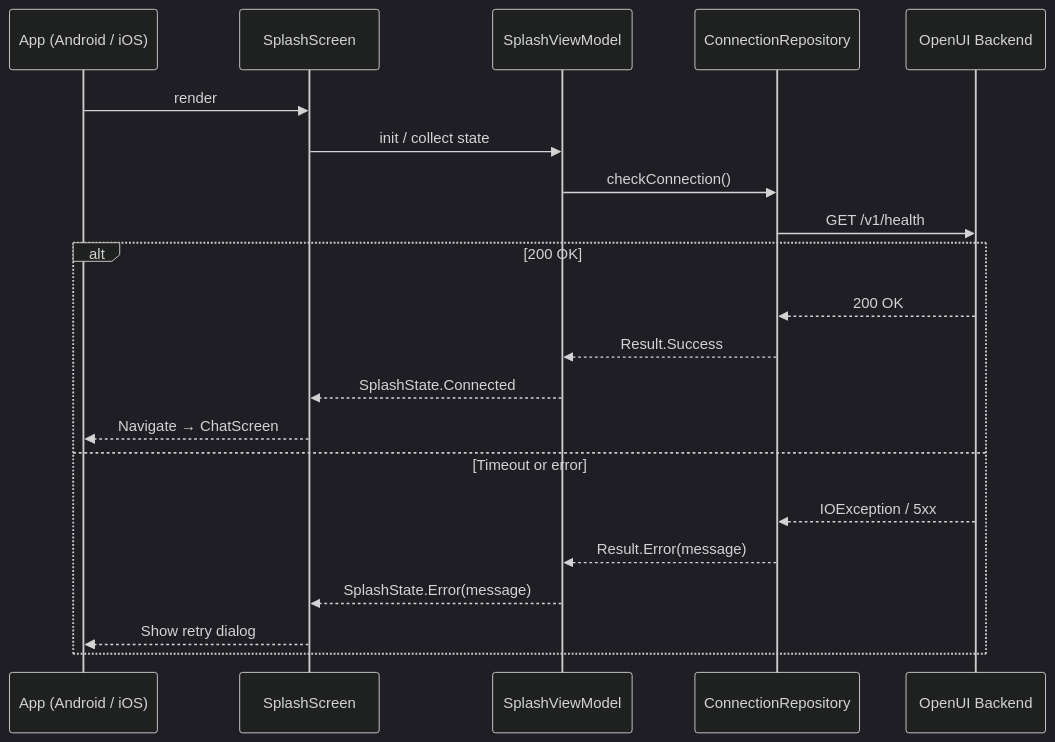
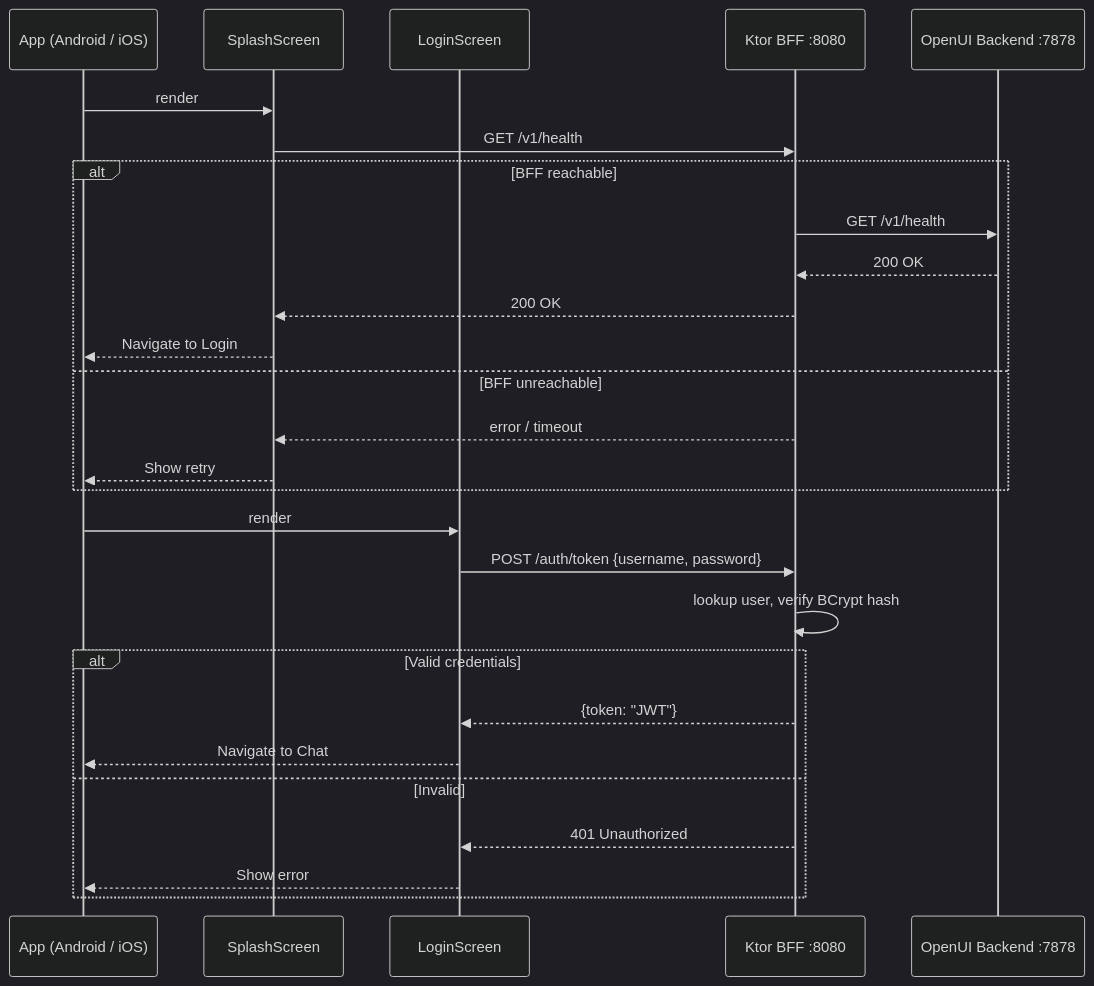
One commit to dgurnick/openui-explore changed the second of 4 diagrams in README.md. Above: the diagram before and after it, drawn with Mermaid. The commit also changed other lines of this file and 36 other files, not shown here.

Commit message:
bootstrap: add Ktor BFF with JWT auth, SQLite/Flyway migrations, and SSE proxy

````diff
--- a/README.md
+++ b/README.md
@@ -131,26 +176,34 @@
 ```mermaid
 %%{init: {'theme': 'dark'}}%%
 sequenceDiagram
     participant App as App (Android / iOS)
     participant Splash as SplashScreen
-    participant SVM as SplashViewModel
-    participant Repo as ConnectionRepository
-    participant BE as OpenUI Backend
+    participant Login as LoginScreen
+    participant BFF as Ktor BFF :8080
+    participant BE as OpenUI Backend :7878
 
     App->>Splash: render
-    Splash->>SVM: init / collect state
-    SVM->>Repo: checkConnection()
-    Repo->>BE: GET /v1/health
-    
-    alt 200 OK
-        BE-->>Repo: 200 OK
-        Repo-->>SVM: Result.Success
-        SVM-->>Splash: SplashState.Connected
-        Splash-->>App: Navigate → ChatScreen
-    else Timeout or error
-        BE-->>Repo: IOException / 5xx
-        Repo-->>SVM: Result.Error(message)
-        SVM-->>Splash: SplashState.Error(message)
-        Splash-->>App: Show retry dialog
+    Splash->>BFF: GET /v1/health
+
+    alt BFF reachable
+        BFF->>BE: GET /v1/health
+        BE-->>BFF: 200 OK
+        BFF-->>Splash: 200 OK
+        Splash-->>App: Navigate to Login
+    else BFF unreachable
+        BFF-->>Splash: error / timeout
+        Splash-->>App: Show retry
+    end
+
+    App->>Login: render
+    Login->>BFF: POST /auth/token {username, password}
+    BFF->>BFF: lookup user, verify BCrypt hash
+
+    alt Valid credentials
+        BFF-->>Login: {token: "JWT"}
+        Login-->>App: Navigate to Chat
+    else Invalid
+        BFF-->>Login: 401 Unauthorized
+        Login-->>App: Show error
     end
 ```
````
